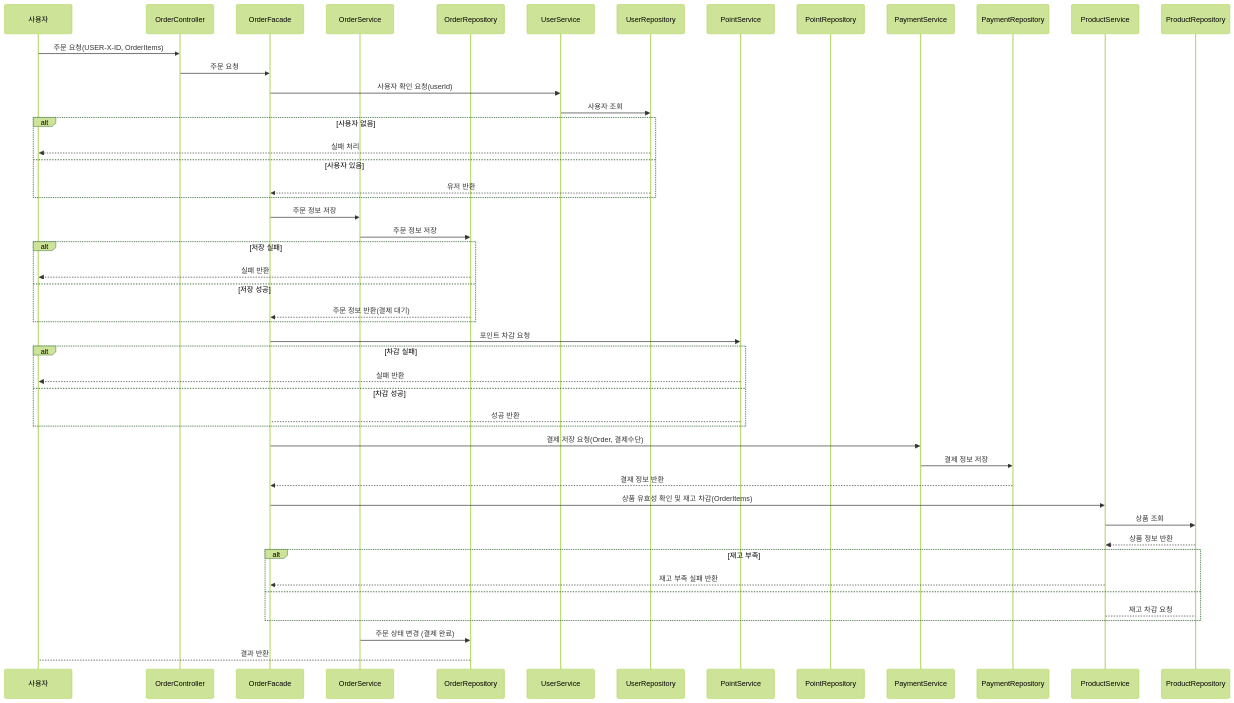
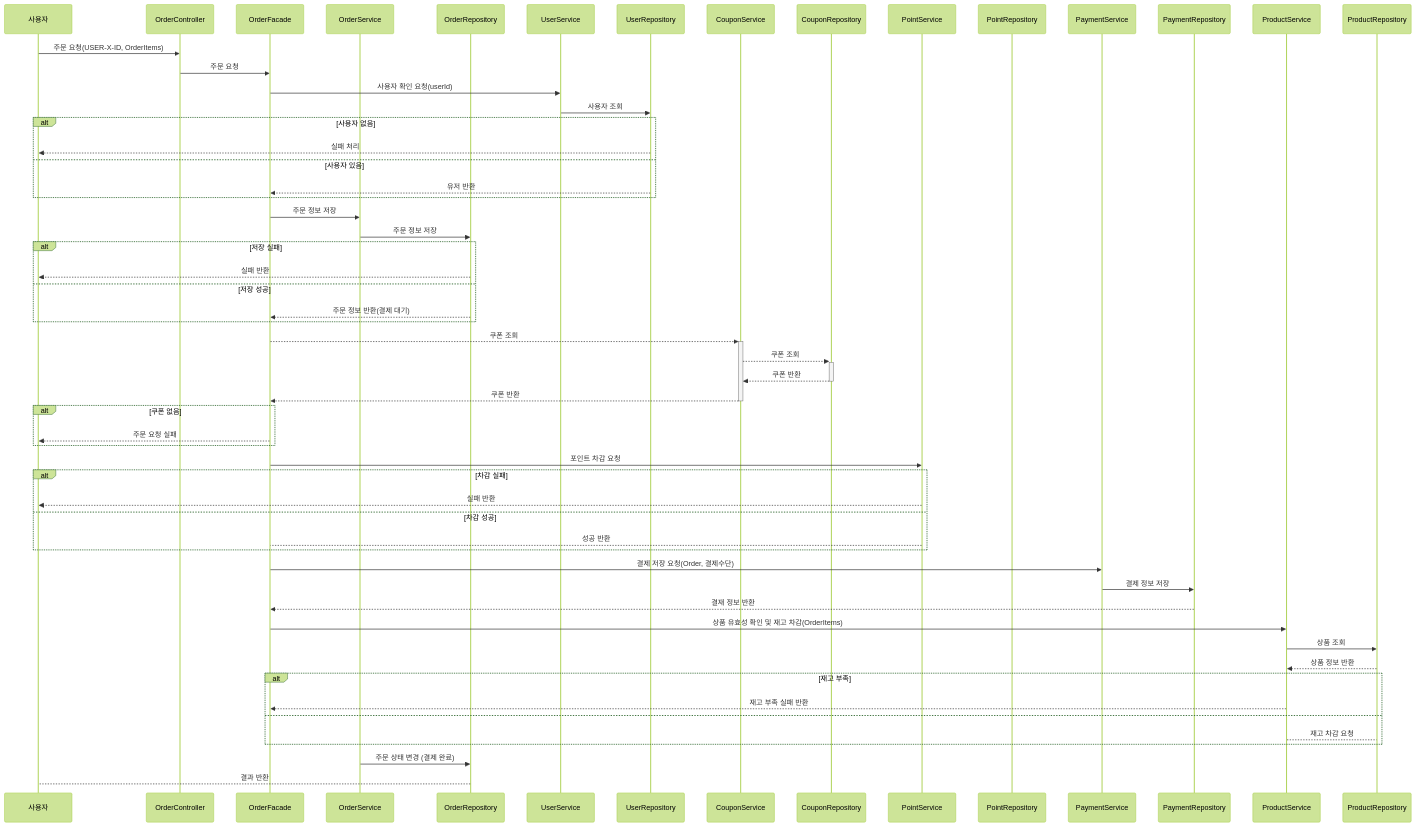
One commit to donghyeon3813/vibe-commerce changed the seventh of 8 diagrams in .docs/02-sequence-diagrams.md. Above: the diagram before and after it, drawn with Mermaid (forest theme). The commit also changed other lines of this file and 48 other files, not shown here.

````diff
--- a/.docs/02-sequence-diagrams.md
+++ b/.docs/02-sequence-diagrams.md
@@ -216,54 +216,63 @@
 ```mermaid
 sequenceDiagram
     participant 사용자
     participant OC as OrderController
     participant OF as OrderFacade
     participant OS as OrderService
     participant OR as OrderRepository
     participant US as UserService
     participant UR as UserRepository
+    participant CS as CouponService
+    participant CR as CouponRepository
     participant PtS as PointService
     participant PtR as PointRepository
     participant PayS as PaymentService
     participant PayR as PaymentRepository
     participant PS as ProductService
     participant PR as ProductRepository
 
     사용자 ->> OC: 주문 요청(USER-X-ID, OrderItems)
     OC ->> OF: 주문 요청
     OF ->> US: 사용자 확인 요청(userId)
     US ->> UR: 사용자 조회
     alt 사용자 없음
         UR -->> 사용자: 실패 처리
     else 사용자 있음
         UR -->> OF: 유저 반환
     end
     OF ->> OS: 주문 정보 저장
     OS ->> OR: 주문 정보 저장
     alt 저장 실패
         OR -->> 사용자: 실패 반환
     else 저장 성공
         OR -->> OF: 주문 정보 반환(결제 대기)
     end
+    OF -->>+ CS: 쿠폰 조회
+    CS -->>+ CR: 쿠폰 조회
+    CR -->>- CS: 쿠폰 반환
+    CS -->>- OF: 쿠폰 반환
+    alt 쿠폰 없음
+    OF -->> 사용자 :주문 요청 실패
+    end
     OF ->> PtS: 포인트 차감 요청
     alt 차감 실패
         PtS -->>사용자: 실패 반환
     else 차감 성공
         PtS -->OF:성공 반환
     end
     OF ->> PayS: 결제 저장 요청(Order, 결제수단)
     PayS ->> PayR: 결제 정보 저장
     PayR -->> OF: 결재 정보 반환
     OF ->> PS: 상품 유효성 확인 및 재고 차감(OrderItems)
     PS ->> PR: 상품 조회
     PR -->> PS: 상품 정보 반환
     alt 재고 부족 
         PS -->> OF: 재고 부족 실패 반환
     else
         PS --> PR: 재고 차감 요청
     end
     OS ->> OR: 주문 상태 변경 (결제 완료)
     OR --> 사용자 : 결과 반환
     
     
 ```
````
